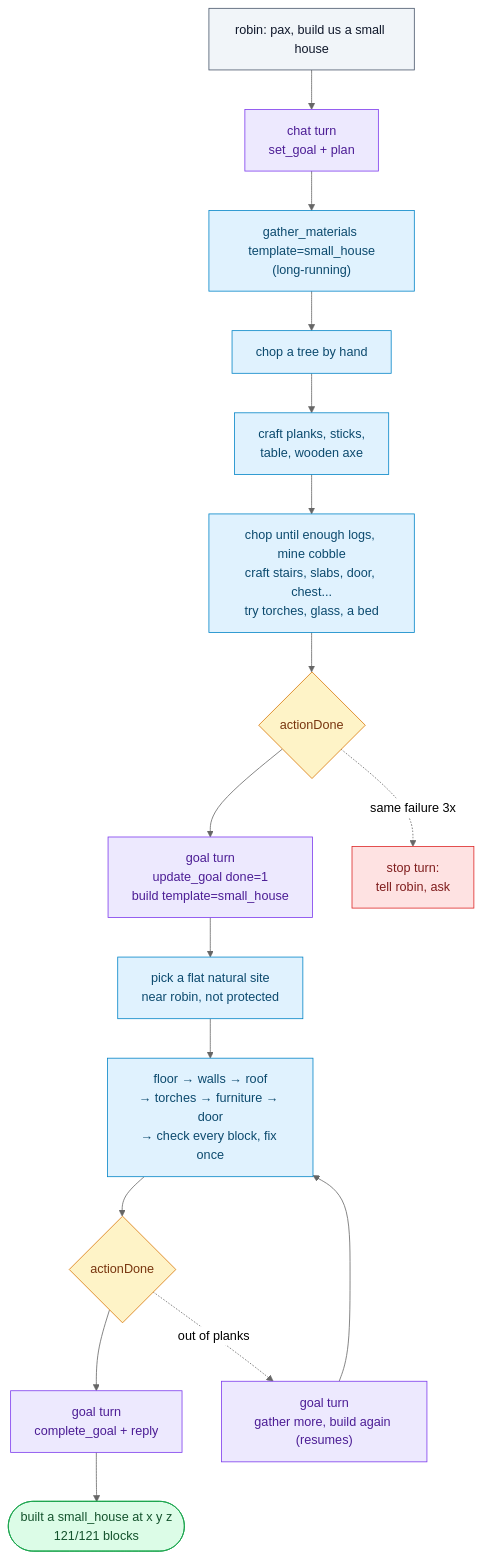
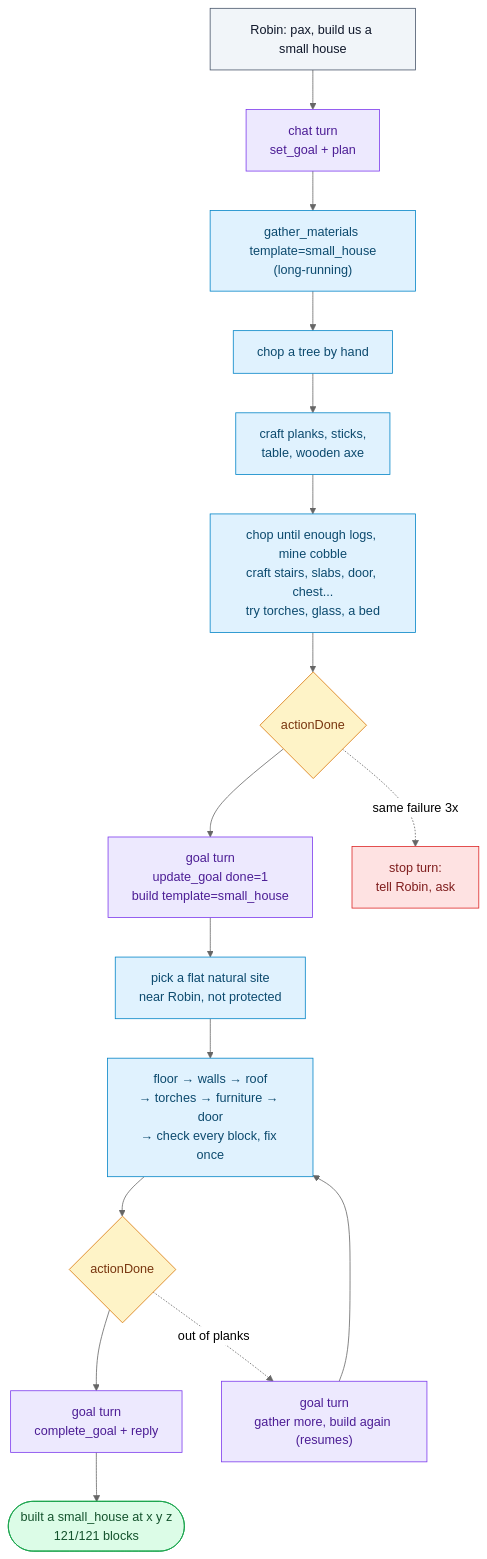
The first of 3 diagrams in docs/guide/goals-and-building.md (thereisnotime/golemkit), drawn with Mermaid (neutral theme) before and after one commit. The commit also changed other lines of this file and 46 other files, not shown here.

````diff
--- a/docs/guide/goals-and-building.md
+++ b/docs/guide/goals-and-building.md
@@ -15,28 +15,28 @@
 ```mermaid
 flowchart TB
-  A["robin: pax, build us a small house"] --> B["chat turn<br/>set_goal + plan"]
+  A["Robin: pax, build us a small house"] --> B["chat turn<br/>set_goal + plan"]
   B --> C["gather_materials template=small_house<br/>(long-running)"]
   C --> C1["chop a tree by hand"] --> C2["craft planks, sticks,<br/>table, wooden axe"] --> C3["chop until enough logs, mine cobble<br/>craft stairs, slabs, door, chest...<br/>try torches, glass, a bed"]
   C3 --> D{"actionDone"}
   D --> E["goal turn<br/>update_goal done=1<br/>build template=small_house"]
-  E --> F["pick a flat natural site<br/>near robin, not protected"]
+  E --> F["pick a flat natural site<br/>near Robin, not protected"]
   F --> G["floor → walls → roof<br/>→ torches → furniture → door<br/>→ check every block, fix once"]
   G --> H{"actionDone"}
   H --> I["goal turn<br/>complete_goal + reply"]
   I --> J(["built a small_house at x y z<br/>121/121 blocks"])
-  D -.->|"same failure 3x"| S["stop turn:<br/>tell robin, ask"]
+  D -.->|"same failure 3x"| S["stop turn:<br/>tell Robin, ask"]
   H -.->|"out of planks"| E2["goal turn<br/>gather more, build again (resumes)"] --> G
 
   classDef chat fill:#f1f5f9,stroke:#475569,color:#0f172a
   classDef llm fill:#ede9fe,stroke:#7c3aed,color:#4c1d95
   classDef act fill:#e0f2fe,stroke:#0284c7,color:#0c4a6e
   classDef evt fill:#fef3c7,stroke:#d97706,color:#78350f
   classDef done fill:#dcfce7,stroke:#16a34a,color:#14532d
   classDef stop fill:#fee2e2,stroke:#dc2626,color:#7f1d1d
   class A chat
   class B,E,I,E2 llm
   class C,C1,C2,C3,F,G act
   class D,H evt
   class J done
   class S stop
 ```
````
